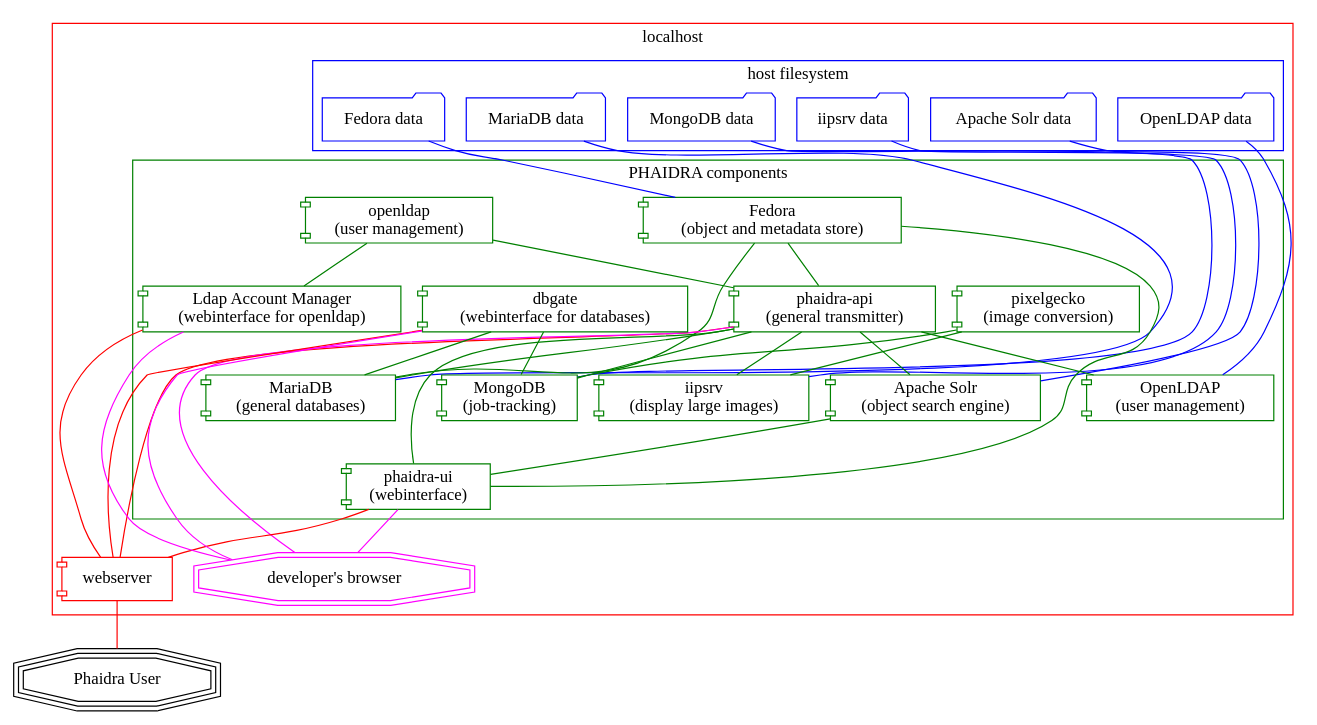
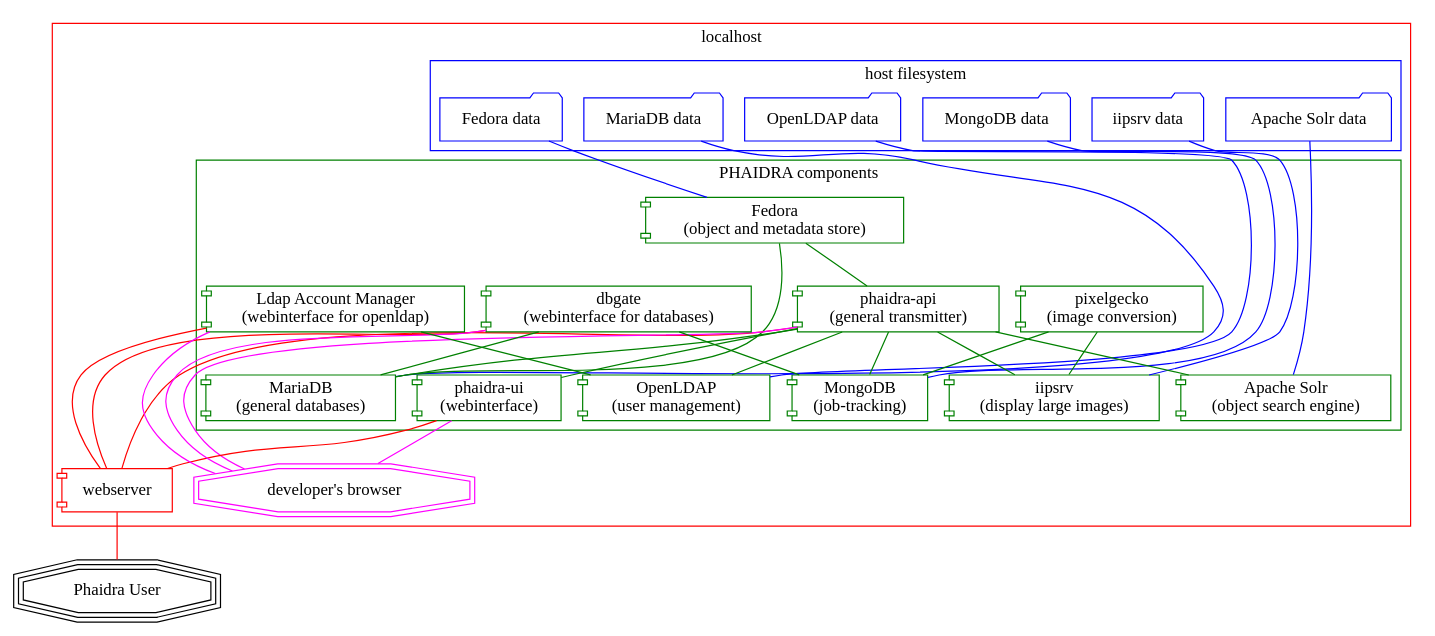
One commit to phaidra/phaidra changed the diagram in README.org. Above: the diagram before and after it, drawn with Graphviz. The commit also changed 1 other file, not shown here.

Commit message:
optimize graph.

```diff
--- a/README.org
+++ b/README.org
@@ -158,8 +158,7 @@
                 c8 [label="iipsrv\n(display large images)", URL="https://github.com/ruven/iipsrv"];
                 c9 [label="pixelgecko\n(image conversion)"]
                 c10 [label="dbgate\n(webinterface for databases)"]
-                c11 [label="openldap\n(user management)"]
-                c12 [label="Ldap Account Manager\n(webinterface for openldap)"]
+                c11 [label="Ldap Account Manager\n(webinterface for openldap)"]
             }}
 
         d1 [label="Phaidra User", shape = tripleoctagon, style = solid]
@@ -169,18 +168,14 @@
             c2 -- c4 [color="green"];
             c2 -- c5 [color="green"];
             c2 -- c6 [color="green"];
-            c7 -- c5 [color="green"];
-            c5 -- c1 [color="green"];
+            c2 -- c7 [color="green"];
             c1 -- c3 [color="green"];
             c2 -- c8 [color="green"];
-            c2 -- c7 [color="green"];
             c9 -- c8 [color="green"];
             c9 -- c4 [color="green"];
             c10 -- c3 [color="green"];
             c10 -- c4 [color="green"];
-            c11 -- c12 [color="green"];
-            c11 -- c2 [color="green"];
-
+            c11 -- c6 [color="green"];
 
             b1 -- c1 [color="blue"];
             b2 -- c3 [color="blue"];
@@ -189,22 +184,9 @@
             b5 -- c7 [color="blue"];
             b6 -- c6 [color="blue"];
 
+            c2,c5,c10,c11 -- a1 [color="red"];
+            c2,c5,c10,c11 -- a2 [color="magenta"];
+
             a1 -- d1 [color="red"];
-
-
-            c2,c5 -- a1 [color="red"];
-
-            c10 -- a1 [color="red"];
-            c12 -- a1 [color="red"];
-
-            c2 -- a2 [color="magenta"];
-            c5 -- a2 [color="magenta"];
-            c10 -- a2 [color="magenta"];
-            c12 -- a2 [color="magenta"];
-
-
-
-
-
     }
   #+end_src
```
